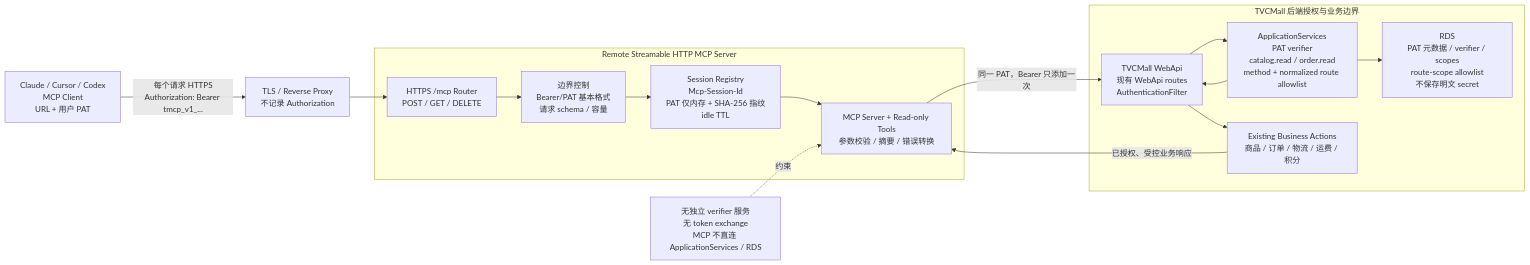
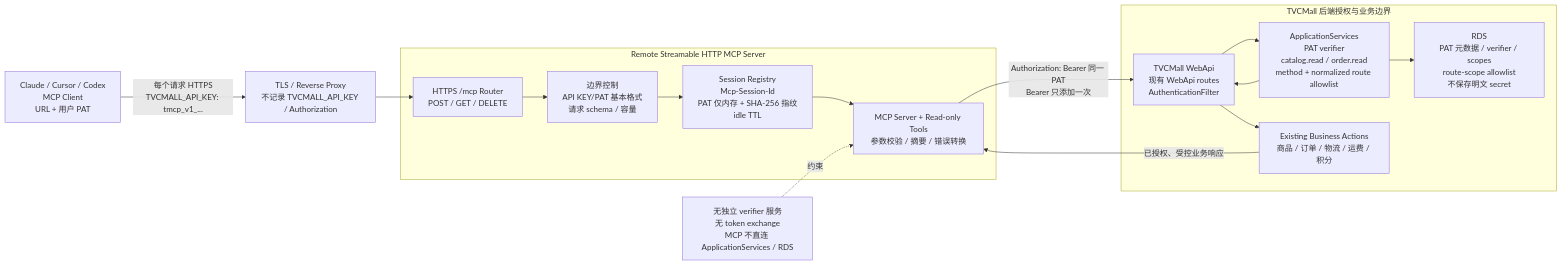
One commit to feizhan1/tvcmall-mcp changed the first of 2 diagrams in docs/remote-streamable-http-mcp-architecture.md. Above: the diagram before and after it, drawn with Mermaid. The commit also changed other lines of this file and 11 other files, not shown here.

Commit message:
docs: align remote MCP API key authorization

````diff
--- a/docs/remote-streamable-http-mcp-architecture.md
+++ b/docs/remote-streamable-http-mcp-architecture.md
@@ -18,29 +18,29 @@
 ```mermaid
 flowchart LR
   Client["Claude / Cursor / Codex<br/>MCP Client<br/>URL + 用户 PAT"]
-  Edge["TLS / Reverse Proxy<br/>不记录 Authorization"]
+  Edge["TLS / Reverse Proxy<br/>不记录 TVCMALL_API_KEY / Authorization"]
 
   subgraph Mcp["Remote Streamable HTTP MCP Server"]
     Router["HTTPS /mcp Router<br/>POST / GET / DELETE"]
-    Guard["边界控制<br/>Bearer/PAT 基本格式<br/>请求 schema / 容量"]
+    Guard["边界控制<br/>API KEY/PAT 基本格式<br/>请求 schema / 容量"]
     Session["Session Registry<br/>Mcp-Session-Id<br/>PAT 仅内存 + SHA-256 指纹<br/>idle TTL"]
     Tools["MCP Server + Read-only Tools<br/>参数校验 / 摘要 / 错误转换"]
     Router --> Guard --> Session --> Tools
   end
 
   subgraph Tvcmall["TVCMall 后端授权与业务边界"]
     WebApi["TVCMall WebApi<br/>现有 WebApi routes<br/>AuthenticationFilter"]
     App["ApplicationServices<br/>PAT verifier<br/>catalog.read / order.read<br/>method + normalized route allowlist"]
     RDS["RDS<br/>PAT 元数据 / verifier / scopes<br/>route-scope allowlist<br/>不保存明文 secret"]
     Action["Existing Business Actions<br/>商品 / 订单 / 物流 / 运费 / 积分"]
     WebApi --> App --> RDS
     App --> WebApi --> Action
   end
 
-  Client -->|"每个请求 HTTPS<br/>Authorization: Bearer tmcp_v1_..."| Edge --> Router
-  Tools -->|"同一 PAT，Bearer 只添加一次"| WebApi
+  Client -->|"每个请求 HTTPS<br/>TVCMALL_API_KEY: tmcp_v1_..."| Edge --> Router
+  Tools -->|"Authorization: Bearer 同一 PAT<br/>Bearer 只添加一次"| WebApi
   Action -->|"已授权、受控业务响应"| Tools
 
   NoVerifier["无独立 verifier 服务<br/>无 token exchange<br/>MCP 不直连 ApplicationServices / RDS"]
   NoVerifier -.约束.-> Tools
 ```
````
